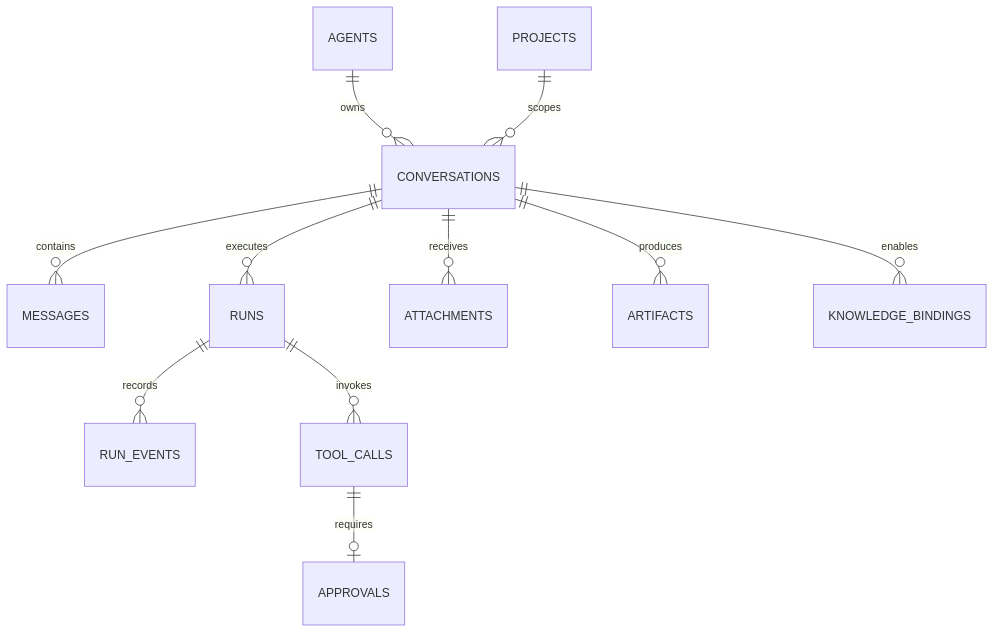
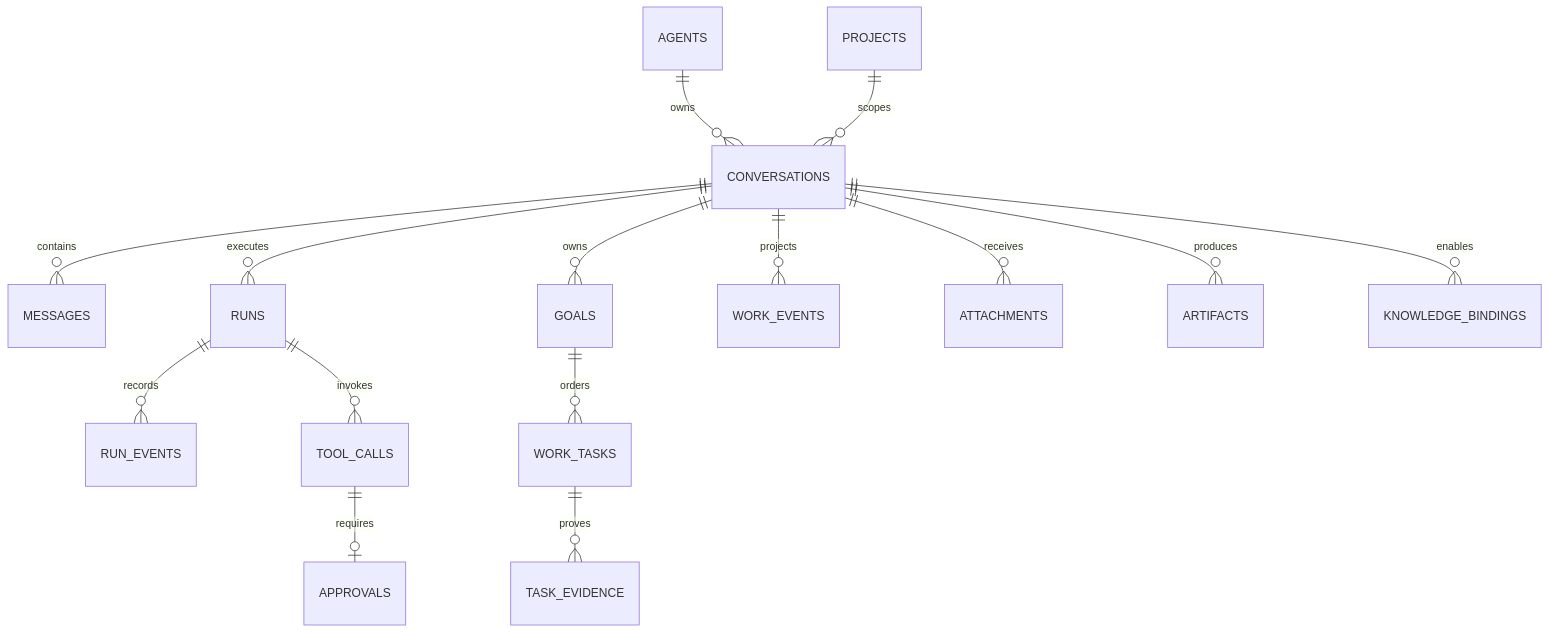
Before and after one commit to Hry1729/Fox-Agent: the second of 2 diagrams in docs/02-架构/数据架构.md, drawn with Mermaid. The commit also changed other lines of this file and 22 other files, not shown here.

````diff
--- a/docs/02-架构/数据架构.md
+++ b/docs/02-架构/数据架构.md
@@ -34,13 +34,17 @@
 ```mermaid
 erDiagram
     AGENTS ||--o{ CONVERSATIONS : owns
     PROJECTS ||--o{ CONVERSATIONS : scopes
     CONVERSATIONS ||--o{ MESSAGES : contains
     CONVERSATIONS ||--o{ RUNS : executes
     RUNS ||--o{ RUN_EVENTS : records
     RUNS ||--o{ TOOL_CALLS : invokes
+    CONVERSATIONS ||--o{ GOALS : owns
+    GOALS ||--o{ WORK_TASKS : orders
+    WORK_TASKS ||--o{ TASK_EVIDENCE : proves
+    CONVERSATIONS ||--o{ WORK_EVENTS : projects
     TOOL_CALLS ||--o| APPROVALS : requires
     CONVERSATIONS ||--o{ ATTACHMENTS : receives
     CONVERSATIONS ||--o{ ARTIFACTS : produces
     CONVERSATIONS ||--o{ KNOWLEDGE_BINDINGS : enables
 ```
````
